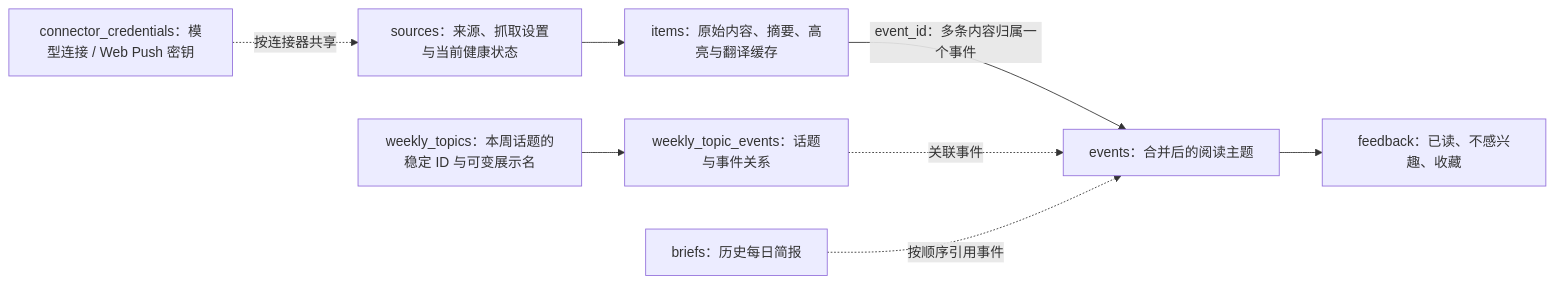
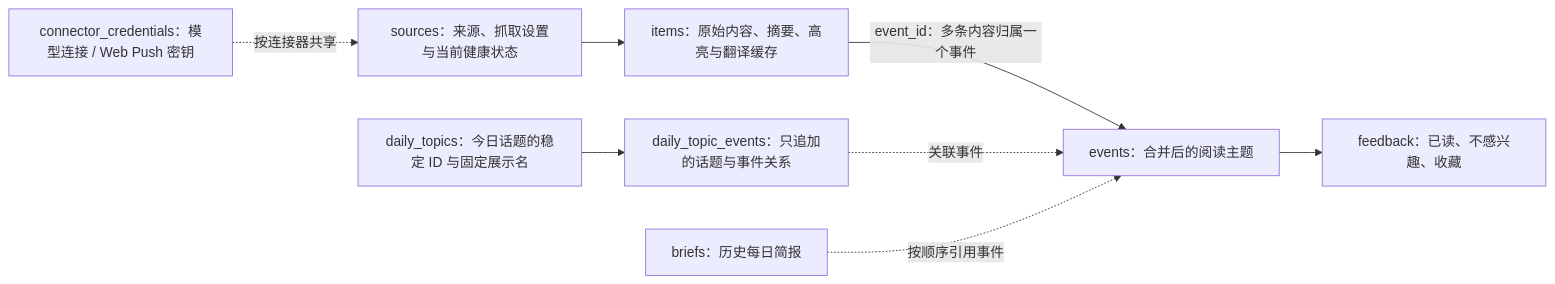
The first of 2 diagrams in docs/SQLITE_SCHEMA_AND_MIGRATION.md (angelOnly/NewsRssHub), drawn with Mermaid before and after one commit. The commit also changed other lines of this file and 24 other files, not shown here.

````diff
--- a/docs/SQLITE_SCHEMA_AND_MIGRATION.md
+++ b/docs/SQLITE_SCHEMA_AND_MIGRATION.md
@@ -35,10 +35,10 @@
 ```mermaid
 flowchart LR
     S["sources：来源、抓取设置与当前健康状态"] --> I["items：原始内容、摘要、高亮与翻译缓存"]
     I -->|"event_id：多条内容归属一个事件"| E["events：合并后的阅读主题"]
     E --> F["feedback：已读、不感兴趣、收藏"]
-    T["weekly_topics：本周话题的稳定 ID 与可变展示名"] --> R["weekly_topic_events：话题与事件关系"]
+    T["daily_topics：今日话题的稳定 ID 与固定展示名"] --> R["daily_topic_events：只追加的话题与事件关系"]
     R -. "关联事件" .-> E
     B["briefs：历史每日简报"] -. "按顺序引用事件" .-> E
     C["connector_credentials：模型连接 / Web Push 密钥"] -. "按连接器共享" .-> S
 ```
````
